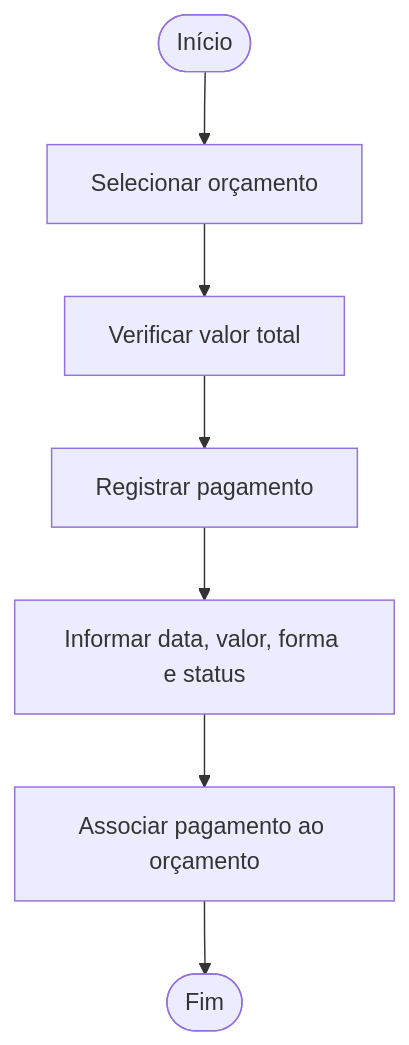
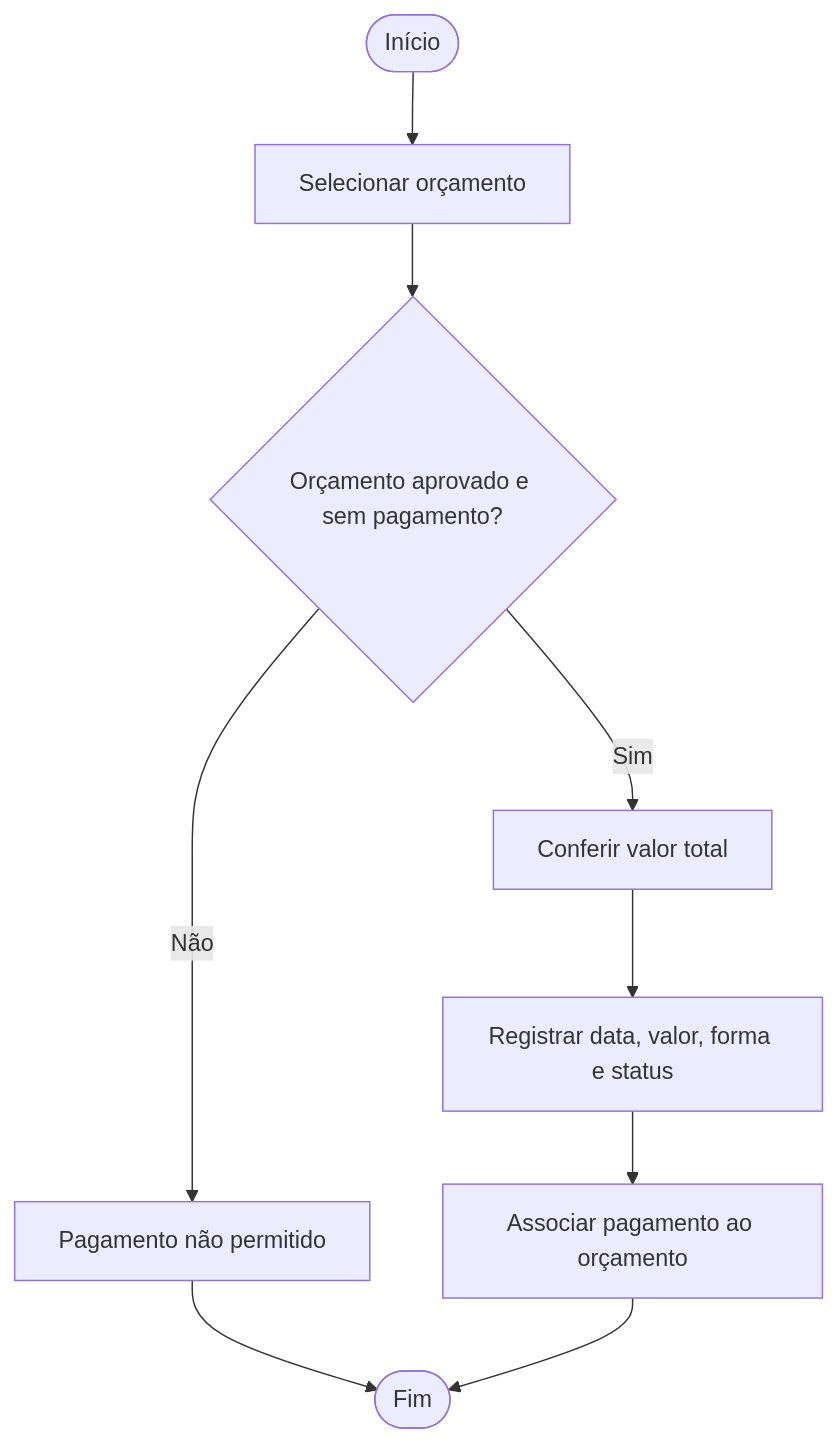
One commit to Lipe0921/Banco-de-dados changed the fifth of 6 diagrams in README.md. Above: the diagram before and after it, drawn with Mermaid. The commit also changed other lines of this file, not shown here.

````diff
--- a/README.md
+++ b/README.md
@@ -252,9 +308,11 @@
 ```mermaid
 flowchart TD
     A([Início]) --> B[Selecionar orçamento]
-    B --> C[Verificar valor total]
-    C --> D[Registrar pagamento]
-    D --> E[Informar data, valor, forma e status]
-    E --> F[Associar pagamento ao orçamento]
-    F --> G([Fim])
+    B --> C{Orçamento aprovado e sem pagamento?}
+    C -- Não --> D[Pagamento não permitido]
+    D --> Z([Fim])
+    C -- Sim --> E[Conferir valor total]
+    E --> F[Registrar data, valor, forma e status]
+    F --> G[Associar pagamento ao orçamento]
+    G --> Z
 ```
````
